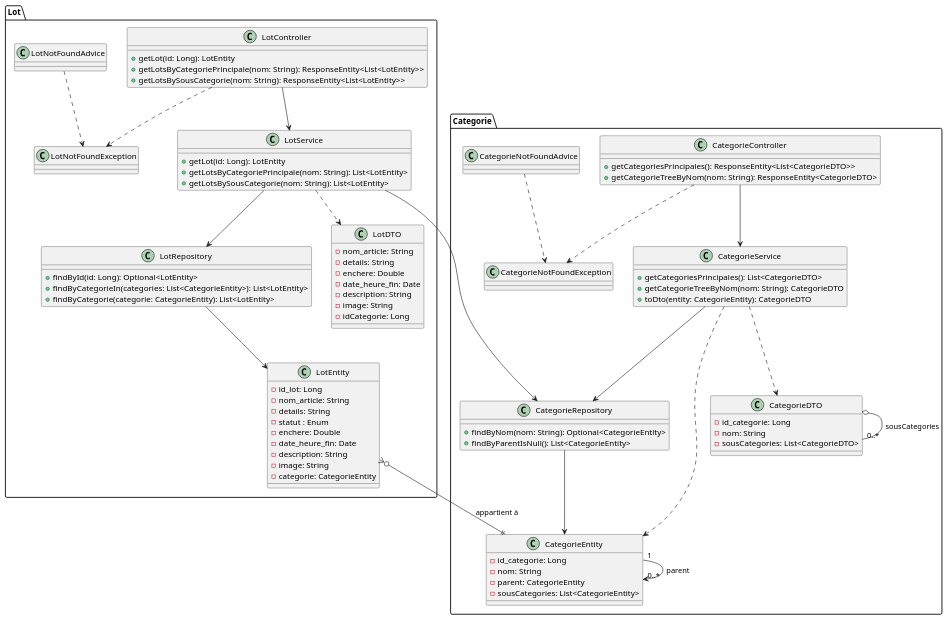
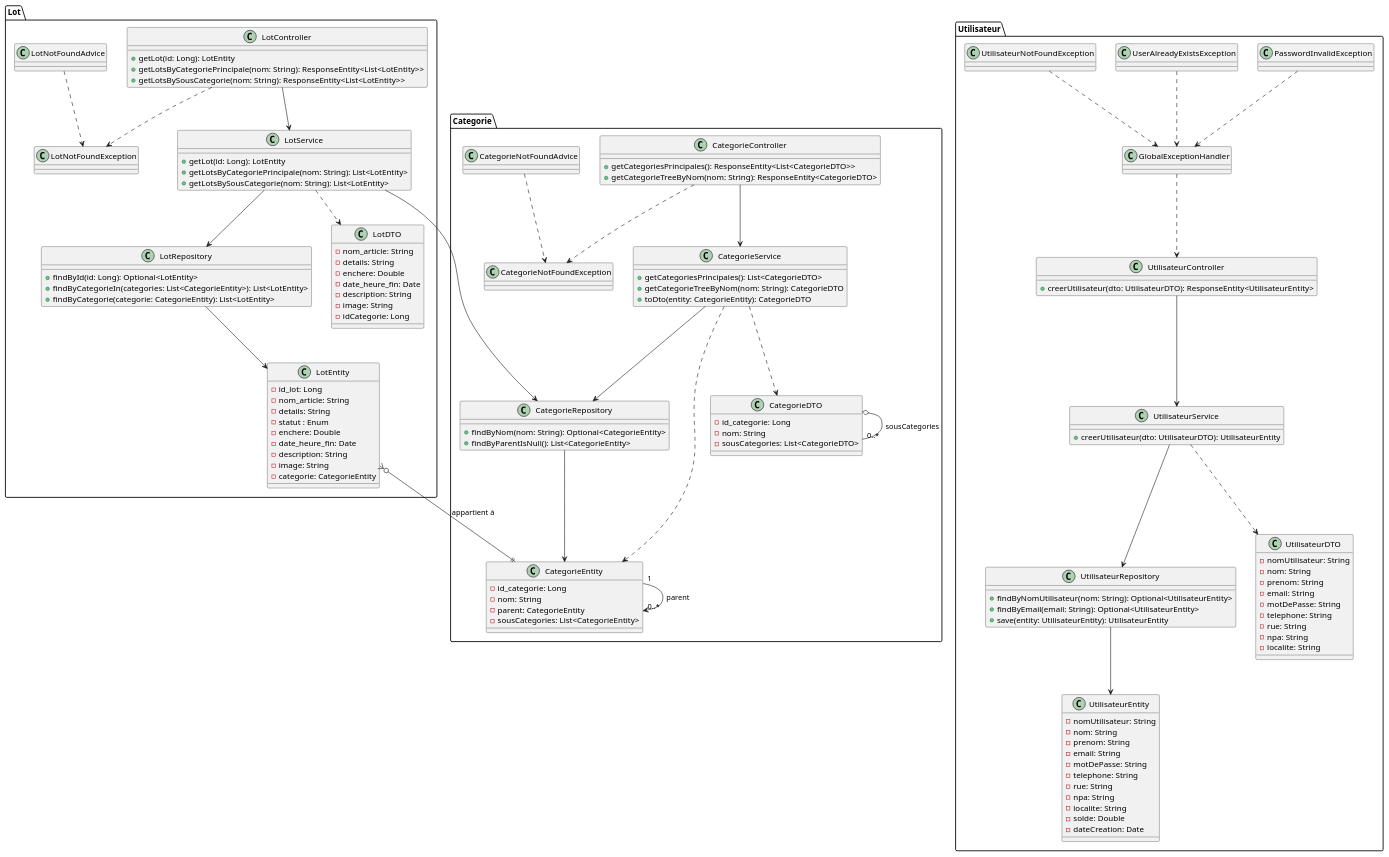
One commit to ETML-ES-LABEFE-SAM-YOAN/BACKEND changed the diagram in docs/class_diagram.plantuml. Above: the diagram before and after it, drawn with PlantUML.

Commit message:
DOC : Adapter le diagramme avec la partie Utilisateur

```diff
--- a/docs/class_diagram.plantuml
+++ b/docs/class_diagram.plantuml
@@ -1,101 +1,157 @@
 @startuml
 
 package "Lot" {
     class LotController {
         + getLot(id: Long): LotEntity
         + getLotsByCategoriePrincipale(nom: String): ResponseEntity<List<LotEntity>>
         + getLotsBySousCategorie(nom: String): ResponseEntity<List<LotEntity>>
     }
 
     class LotService {
         + getLot(id: Long): LotEntity
         + getLotsByCategoriePrincipale(nom: String): List<LotEntity>
         + getLotsBySousCategorie(nom: String): List<LotEntity>
     }
 
     class LotRepository {
         + findById(id: Long): Optional<LotEntity>
         + findByCategorieIn(categories: List<CategorieEntity>): List<LotEntity>
         + findByCategorie(categorie: CategorieEntity): List<LotEntity>
     }
 
     class LotEntity {
         - id_lot: Long
         - nom_article: String
         - details: String
         - statut : Enum
         - enchere: Double
         - date_heure_fin: Date
         - description: String
         - image: String
         - categorie: CategorieEntity
     }
 
     class LotDTO {
         - nom_article: String
         - details: String
         - enchere: Double
         - date_heure_fin: Date
         - description: String
         - image: String
         - idCategorie: Long
     }
 
     class LotNotFoundAdvice
     class LotNotFoundException
 
     LotController --> LotService
     LotService --> LotRepository
     LotService ..> LotDTO
     LotRepository --> LotEntity
     LotNotFoundAdvice ..> LotNotFoundException
     LotController ..> LotNotFoundException
 }
 
+package "Utilisateur" {
+    class UtilisateurController {
+        + creerUtilisateur(dto: UtilisateurDTO): ResponseEntity<UtilisateurEntity>
+    }
+
+    class UtilisateurService {
+        + creerUtilisateur(dto: UtilisateurDTO): UtilisateurEntity
+    }
+
+    class UtilisateurRepository {
+        + findByNomUtilisateur(nom: String): Optional<UtilisateurEntity>
+        + findByEmail(email: String): Optional<UtilisateurEntity>
+        + save(entity: UtilisateurEntity): UtilisateurEntity
+    }
+
+    class UtilisateurEntity {
+        - nomUtilisateur: String
+        - nom: String
+        - prenom: String
+        - email: String
+        - motDePasse: String
+        - telephone: String
+        - rue: String
+        - npa: String
+        - localite: String
+        - solde: Double
+        - dateCreation: Date
+    }
+
+    class UtilisateurDTO {
+        - nomUtilisateur: String
+        - nom: String
+        - prenom: String
+        - email: String
+        - motDePasse: String
+        - telephone: String
+        - rue: String
+        - npa: String
+        - localite: String
+    }
+
+    class GlobalExceptionHandler
+    class PasswordInvalidException
+    class UserAlreadyExistsException
+    class UtilisateurNotFoundException
+
+    UtilisateurController --> UtilisateurService
+    UtilisateurService --> UtilisateurRepository
+    UtilisateurService ..> UtilisateurDTO
+    UtilisateurRepository --> UtilisateurEntity
+    GlobalExceptionHandler ..> UtilisateurController
+    PasswordInvalidException ..> GlobalExceptionHandler
+    UserAlreadyExistsException ..> GlobalExceptionHandler
+    UtilisateurNotFoundException ..> GlobalExceptionHandler
+}
+
 package "Categorie" {
     class CategorieController {
         + getCategoriesPrincipales(): ResponseEntity<List<CategorieDTO>>
         + getCategorieTreeByNom(nom: String): ResponseEntity<CategorieDTO>
     }
 
     class CategorieService {
         + getCategoriesPrincipales(): List<CategorieDTO>
         + getCategorieTreeByNom(nom: String): CategorieDTO
         + toDto(entity: CategorieEntity): CategorieDTO
     }
 
     class CategorieRepository {
         + findByNom(nom: String): Optional<CategorieEntity>
         + findByParentIsNull(): List<CategorieEntity>
     }
 
     class CategorieEntity {
         - id_categorie: Long
         - nom: String
         - parent: CategorieEntity
         - sousCategories: List<CategorieEntity>
     }
 
     class CategorieDTO {
         - id_categorie: Long
         - nom: String
         - sousCategories: List<CategorieDTO>
     }
 
     class CategorieNotFoundAdvice
     class CategorieNotFoundException
 
     CategorieController --> CategorieService
     CategorieService --> CategorieRepository
     CategorieService ..> CategorieDTO
     CategorieService ..> CategorieEntity
     CategorieRepository --> CategorieEntity
     CategorieEntity "1" --> "0..*" CategorieEntity : parent
     CategorieDTO o-- "0..*" CategorieDTO : sousCategories
     CategorieNotFoundAdvice ..> CategorieNotFoundException
     CategorieController ..> CategorieNotFoundException
 }
 LotEntity }o--|| CategorieEntity : appartient à
     LotService --> CategorieRepository
 
 @enduml
```
